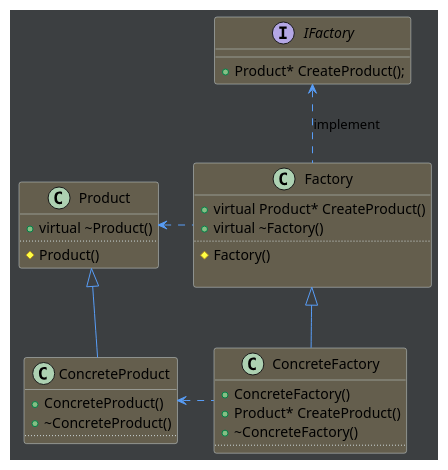
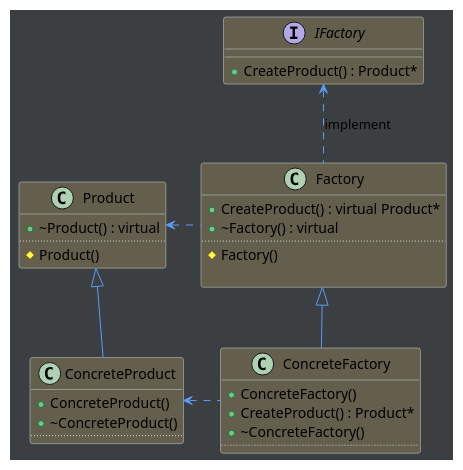
One commit to graycatya/DesignModel changed the diagram in Creational_model/Factory/Factory.pu. Above: the diagram before and after it, drawn with PlantUML. The commit also changed 3 other files, not shown here.

```diff
--- a/Creational_model/Factory/Factory.pu
+++ b/Creational_model/Factory/Factory.pu
@@ -1,50 +1,50 @@
 @startuml Factory
 
 skinparam BackGroundColor #3c3f41
 
 
 skinparam class {
     BorderColor #cbd5d6
     ArrowColor #589df6
     BackGroundColor #645e4d
 }
 
 class Product{
-    + virtual ~Product()
+    + ~Product() : virtual
     ..
     # Product()
 }
 
 class ConcreteProduct{
     + ConcreteProduct()
     + ~ConcreteProduct()
     ..
 }
 
 interface IFactory{
-    + Product* CreateProduct();
+    + CreateProduct() : Product*
 }
 
 class Factory{
-    + virtual Product* CreateProduct()
-    + virtual ~Factory()
+    + CreateProduct() : virtual Product*
+    + ~Factory() : virtual
     ..
     # Factory()
     
 }
 
 class ConcreteFactory{
     + ConcreteFactory()
-    + Product* CreateProduct()
+    + CreateProduct() : Product*
     + ~ConcreteFactory()
     ..
 }
 
 ConcreteFactory .left.> ConcreteProduct
 ConcreteProduct -up-|> Product
 Factory .left.> Product
 ConcreteFactory -up-|> Factory
 Factory .up.> IFactory : implement
 
 
 @enduml
```
